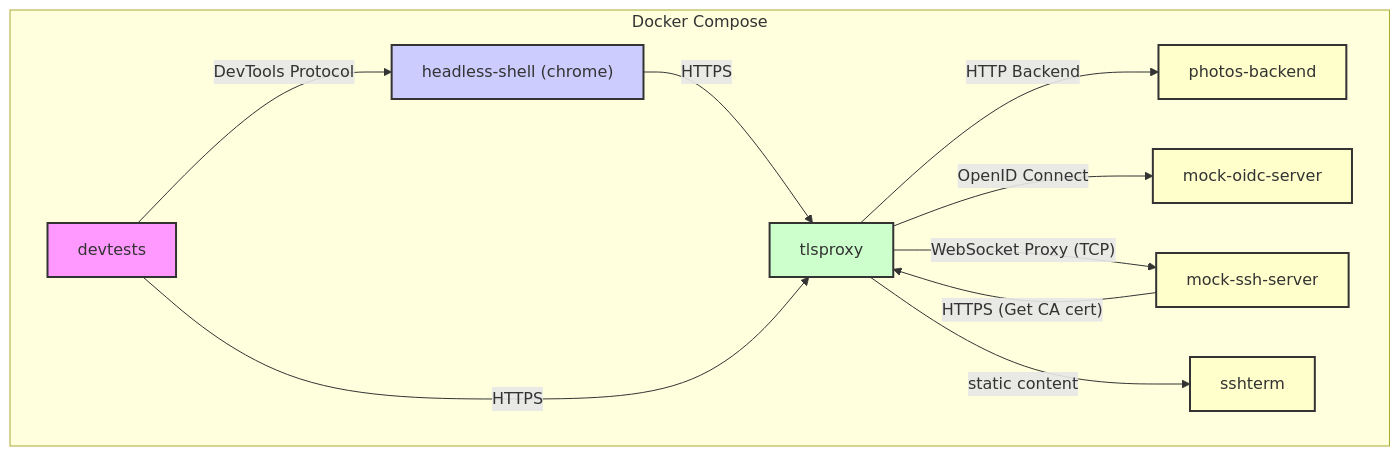
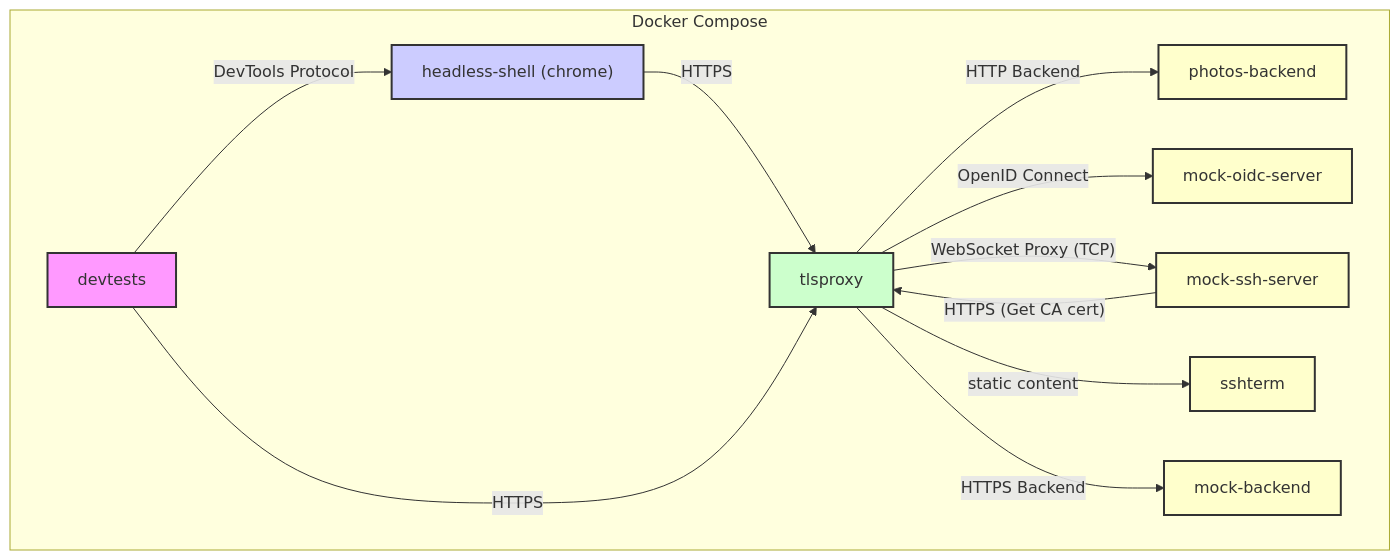
The diagram in README.md (c2FmZQ/integration-tests), drawn with Mermaid before and after one commit. The commit also changed other lines of this file and 5 other files, not shown here.

Commit message:
Add mock backend using tlsproxy/examples/backend (#10)

````diff
--- a/README.md
+++ b/README.md
@@ -9,21 +9,23 @@
 ```mermaid
 graph TD
     subgraph "Docker Compose"
         A[devtests] -->|DevTools Protocol| B["headless-shell (chrome)"];
         B -->|HTTPS| C[tlsproxy];
         A -->|HTTPS| C;
         C -->|HTTP Backend| D[photos-backend];
         C -->|"OpenID Connect"| E[mock-oidc-server];
         C -->|"WebSocket Proxy (TCP)"| F[mock-ssh-server];
         F -->|"HTTPS (Get CA cert)"| C;
         C -->|static content| G[sshterm];
+        C -->|HTTPS Backend| H[mock-backend];
     end
 
     style A fill:#f9f,stroke:#333,stroke-width:2px
     style B fill:#ccf,stroke:#333,stroke-width:2px
     style C fill:#cfc,stroke:#333,stroke-width:2px
     style D fill:#ffc,stroke:#333,stroke-width:2px
     style E fill:#ffc,stroke:#333,stroke-width:2px
     style F fill:#ffc,stroke:#333,stroke-width:2px
     style G fill:#ffc,stroke:#333,stroke-width:2px
+    style H fill:#ffc,stroke:#333,stroke-width:2px
 ```
````
